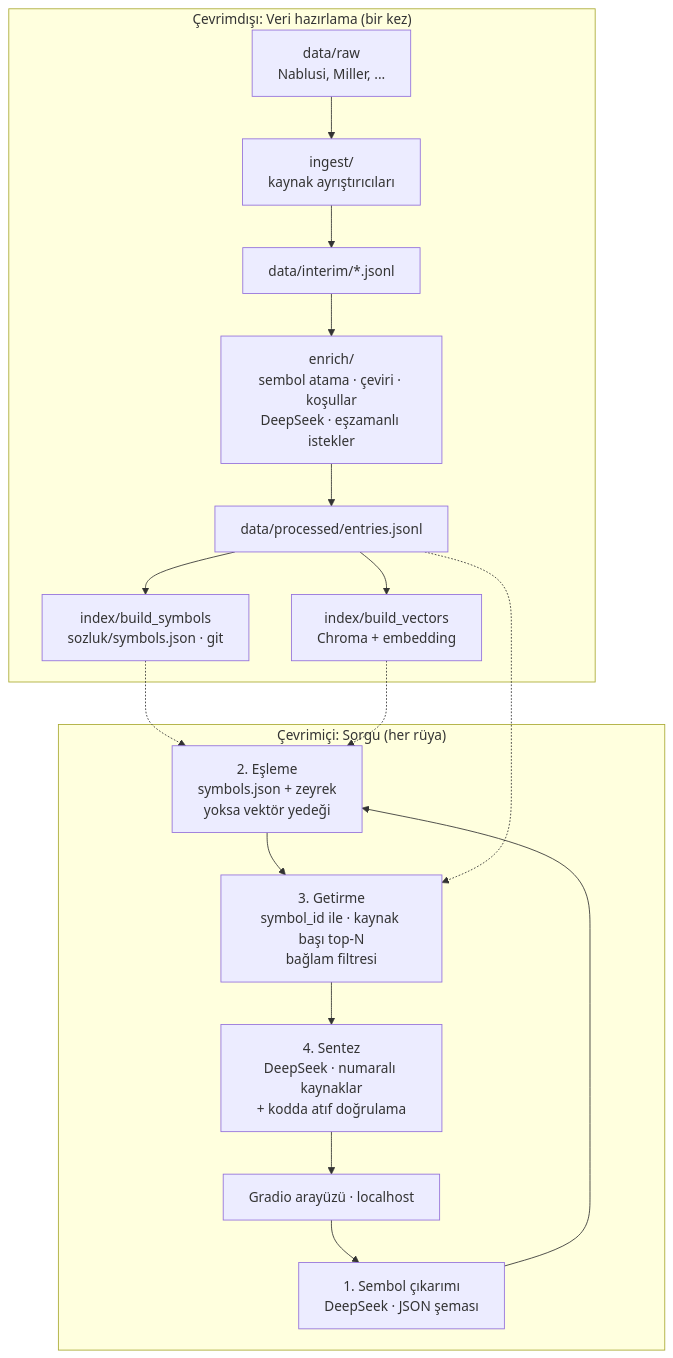
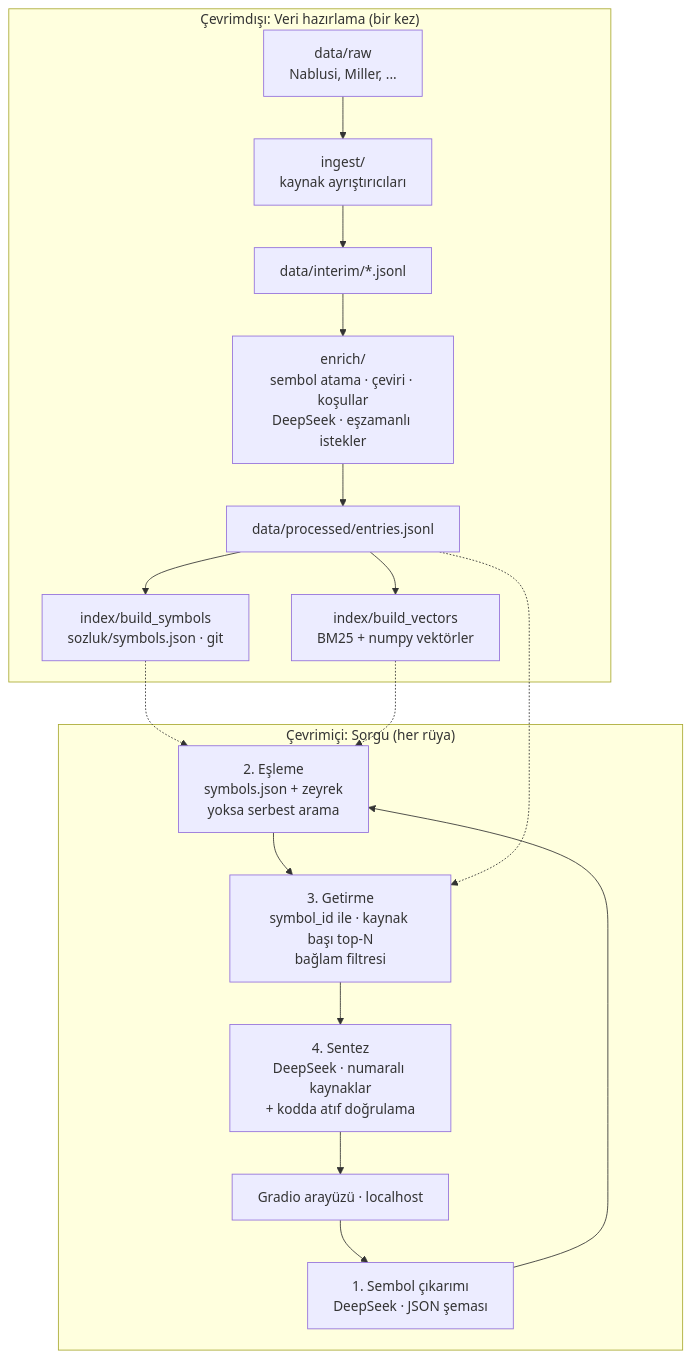
The diagram in docs/03-mimari.md (OgzhnTarhn/ruya-tabirnamesi), drawn with Mermaid before and after one commit. The commit also changed other lines of this file and 3 other files, not shown here.

````diff
--- a/docs/03-mimari.md
+++ b/docs/03-mimari.md
@@ -19,23 +19,23 @@
 ```mermaid
 flowchart TB
     subgraph CEVRIMDISI["Çevrimdışı: Veri hazırlama (bir kez)"]
         RAW[data/raw<br/>Nablusi, Miller, ...] --> ING[ingest/<br/>kaynak ayrıştırıcıları]
         ING --> INT[data/interim/*.jsonl]
         INT --> ENR[enrich/<br/>sembol atama · çeviri · koşullar<br/>DeepSeek · eşzamanlı istekler]
         ENR --> ENT[data/processed/entries.jsonl]
         ENT --> SYM[index/build_symbols<br/>sozluk/symbols.json · git]
-        ENT --> VEC[index/build_vectors<br/>Chroma + embedding]
+        ENT --> VEC[index/build_vectors<br/>BM25 + numpy vektörler]
     end
 
     subgraph CEVRIMICI["Çevrimiçi: Sorgu (her rüya)"]
         UI[Gradio arayüzü · localhost] --> P1[1. Sembol çıkarımı<br/>DeepSeek · JSON şeması]
-        P1 --> P2[2. Eşleme<br/>symbols.json + zeyrek<br/>yoksa vektör yedeği]
+        P1 --> P2[2. Eşleme<br/>symbols.json + zeyrek<br/>yoksa serbest arama]
         P2 --> P3[3. Getirme<br/>symbol_id ile · kaynak başı top-N<br/>bağlam filtresi]
         P3 --> P4[4. Sentez<br/>DeepSeek · numaralı kaynaklar<br/>+ kodda atıf doğrulama]
         P4 --> UI
     end
 
     SYM -.-> P2
     VEC -.-> P2
     ENT -.-> P3
 ```
````
